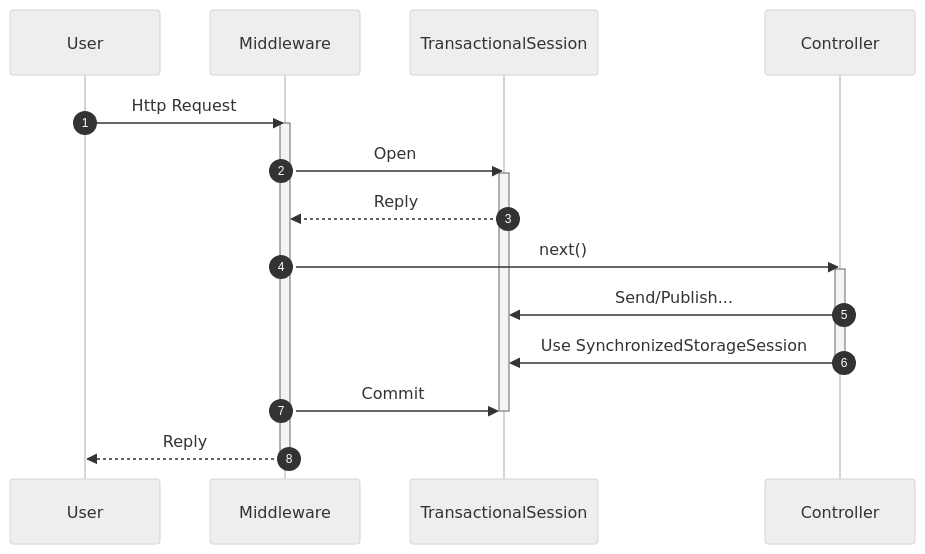
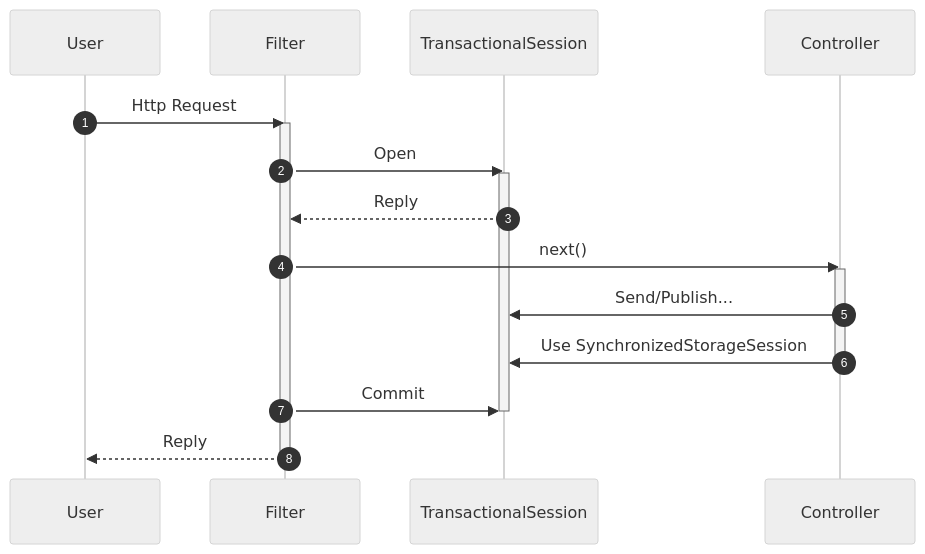
The diagram in samples/transactional-session/aspnetcore-webapi/sample.md (Particular/docs.particular.net), drawn with Mermaid (neutral theme) before and after one commit. The commit also changed other lines of this file and 8 other files, not shown here.

Commit message:
Use resource filter instead of middleware

````diff
--- a/samples/transactional-session/aspnetcore-webapi/sample.md
+++ b/samples/transactional-session/aspnetcore-webapi/sample.md
@@ -62,18 +72,18 @@
 ```mermaid
 sequenceDiagram
     autonumber
-    User->>Middleware: Http Request
-    activate Middleware
-    Middleware->>TransactionalSession: Open
+    User->>Filter: Http Request
+    activate Filter
+    Filter->>TransactionalSession: Open
     activate TransactionalSession
-    TransactionalSession-->>Middleware: Reply
-    Middleware->>Controller: next()
+    TransactionalSession-->>Filter: Reply
+    Filter->>Controller: next()
     activate Controller
     Controller->>TransactionalSession: Send/Publish...
     Controller->>TransactionalSession: Use SynchronizedStorageSession
     deactivate Controller
-    Middleware->>TransactionalSession: Commit
+    Filter->>TransactionalSession: Commit
     deactivate TransactionalSession
-    Middleware-->>User: Reply
-    deactivate Middleware
+    Filter-->>User: Reply
+    deactivate Filter
 ```
````
